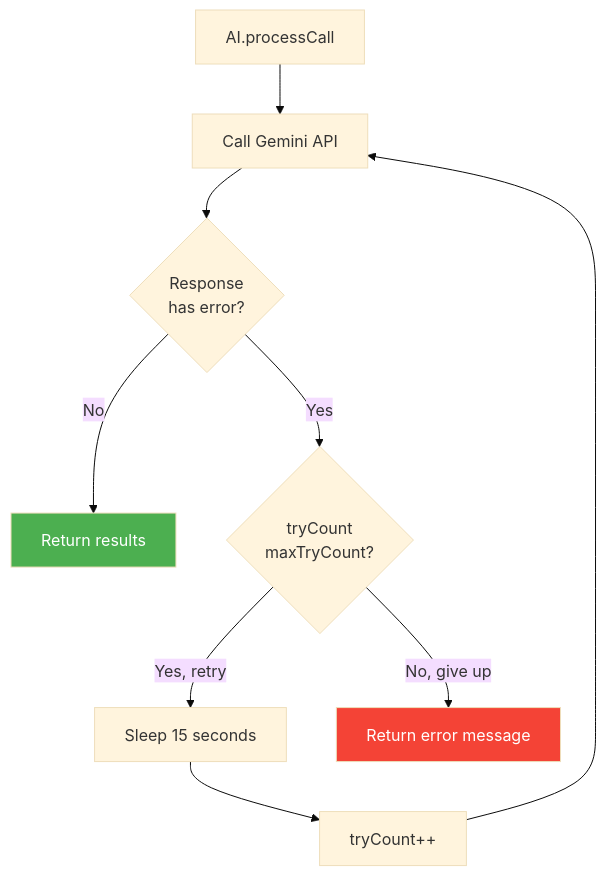
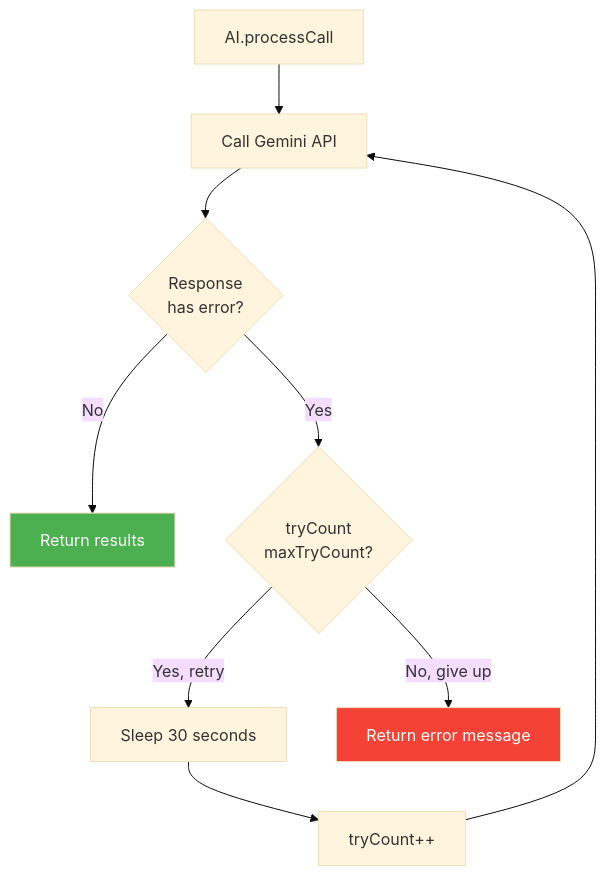
The seventh of 9 diagrams in README.md (Portauw/sterling), drawn with Mermaid (base theme) before and after one commit. The commit also changed other lines of this file and 1 other file, not shown here.

````diff
--- a/README.md
+++ b/README.md
@@ -732,14 +731,14 @@
 ```mermaid
 graph TB
     Start[AI.processCall] --> APICall[Call Gemini API]
     APICall --> Check{Response<br/>has error?}
     Check -->|No| Success[Return results]
     Check -->|Yes| RetryCheck{tryCount <br/> maxTryCount?}
-    RetryCheck -->|Yes, retry| Sleep[Sleep 15 seconds]
+    RetryCheck -->|Yes, retry| Sleep[Sleep 30 seconds]
     Sleep --> Increment[tryCount++]
     Increment --> APICall
     RetryCheck -->|No, give up| Error[Return error message]
 
     style Success fill:#4CAF50,color:#fff
     style Error fill:#f44336,color:#fff
 ```
````
